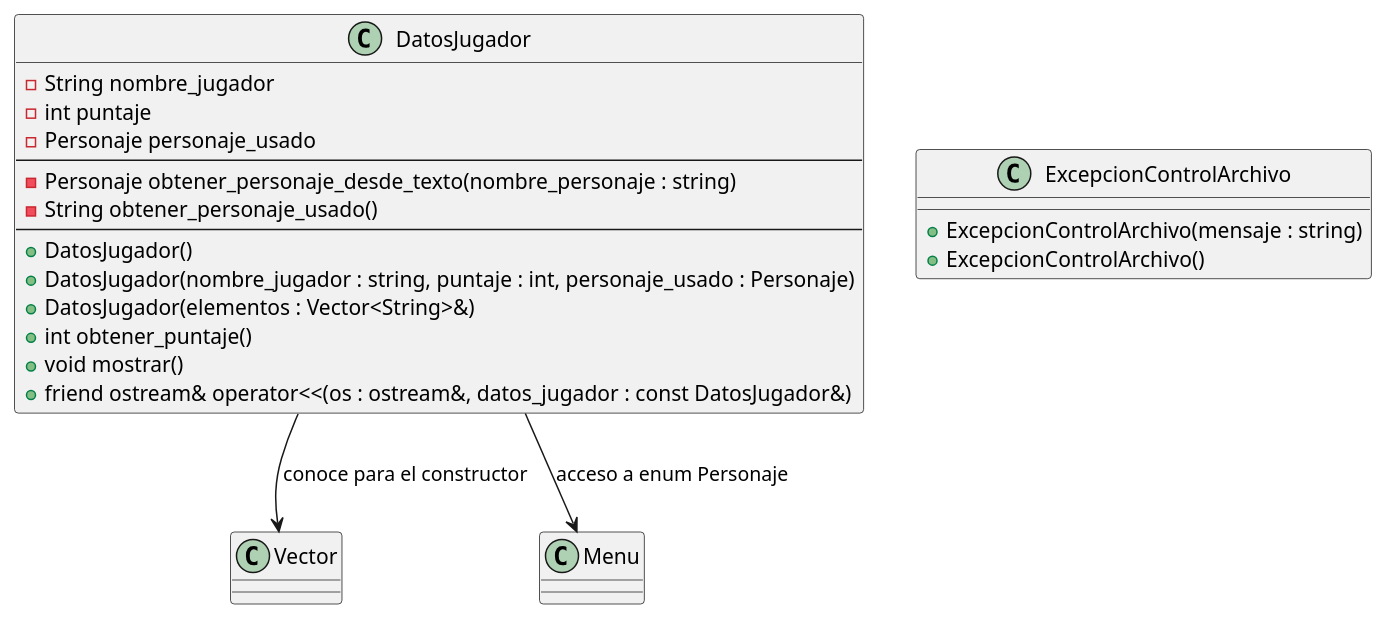
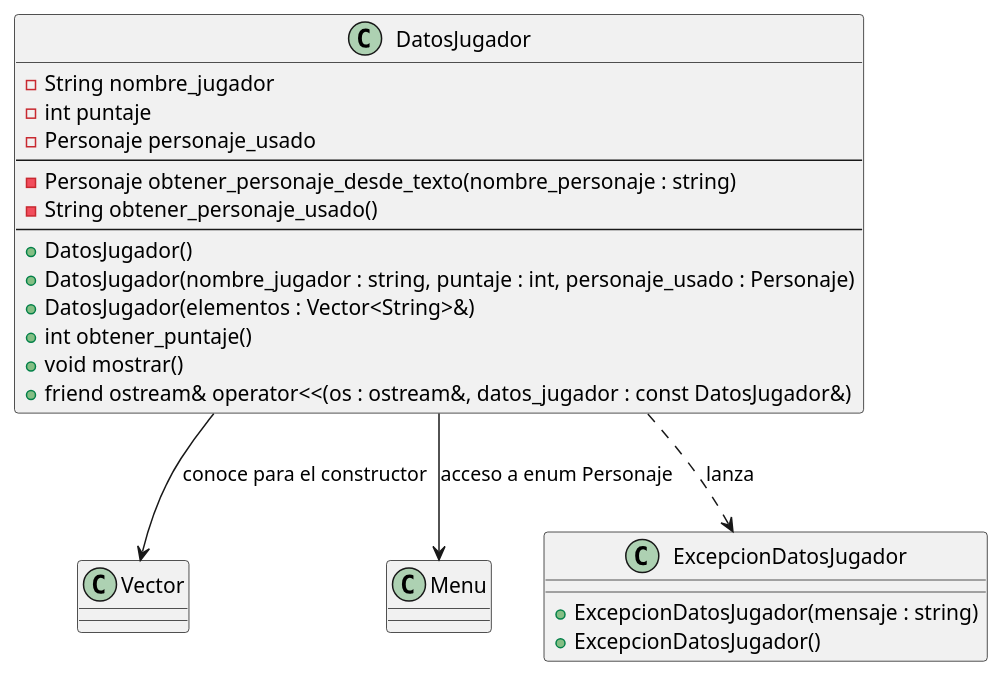
Before and after one commit to guillsil/Transformers-Game: the diagram in Diagramas-UML/DatosJugador.puml, drawn with PlantUML. The commit also changed 3 other files, not shown here.

```diff
--- a/Diagramas-UML/DatosJugador.puml
+++ b/Diagramas-UML/DatosJugador.puml
@@ -1,30 +1,31 @@
 @startuml
 'https://plantuml.com/class-diagram
 class Vector
 class Menu
 
-class ExcepcionControlArchivo {
-    + ExcepcionControlArchivo(mensaje : string)
-    + ExcepcionControlArchivo()
+class ExcepcionDatosJugador {
+    + ExcepcionDatosJugador(mensaje : string)
+    + ExcepcionDatosJugador()
 }
 
 class DatosJugador{
     - String nombre_jugador
     - int puntaje
     - Personaje personaje_usado
     ---
     - Personaje obtener_personaje_desde_texto(nombre_personaje : string)
     - String obtener_personaje_usado()
     ---
     + DatosJugador()
     + DatosJugador(nombre_jugador : string, puntaje : int, personaje_usado : Personaje)
     + DatosJugador(elementos : Vector<String>&)
     + int obtener_puntaje()
     + void mostrar()
     + friend ostream& operator<<(os : ostream&, datos_jugador : const DatosJugador&)
 }
 
 ' Relaciones
 DatosJugador --> Vector : "conoce para el constructor"
 DatosJugador --> Menu : "acceso a enum Personaje"
+DatosJugador ..> ExcepcionDatosJugador : "lanza"
 @enduml
```
